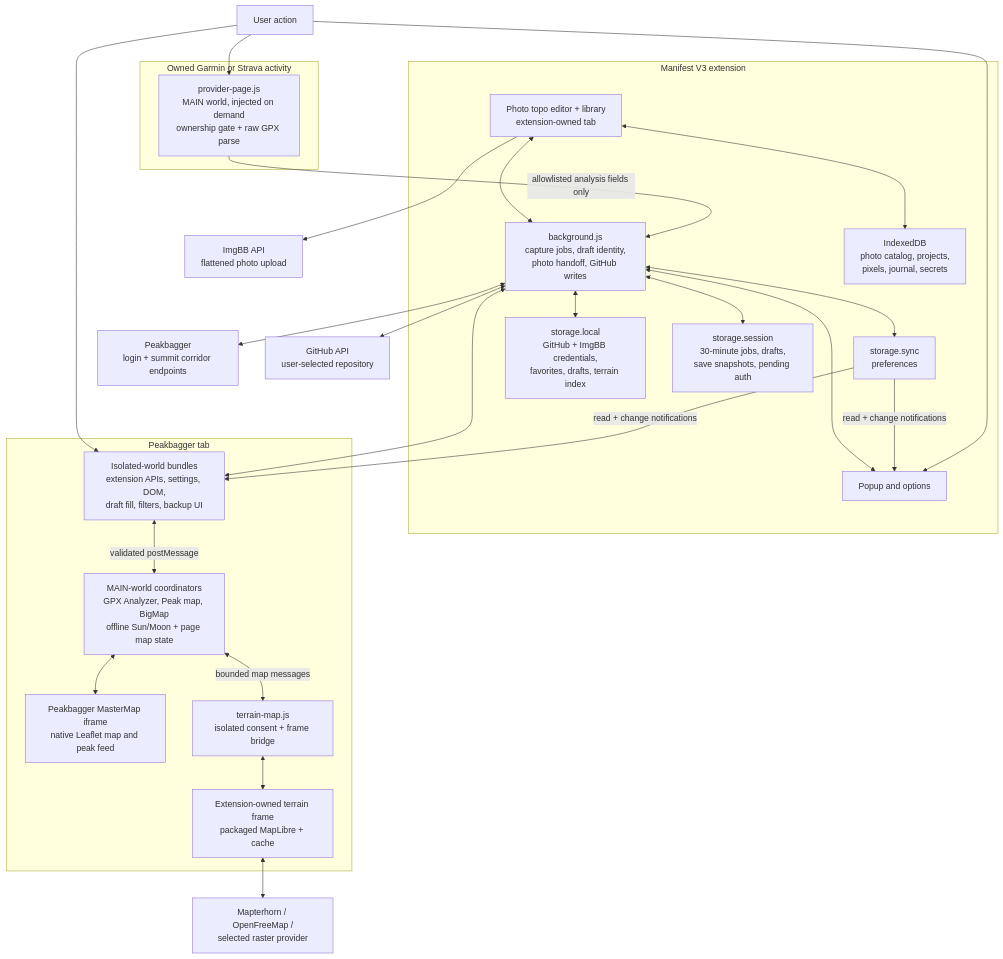
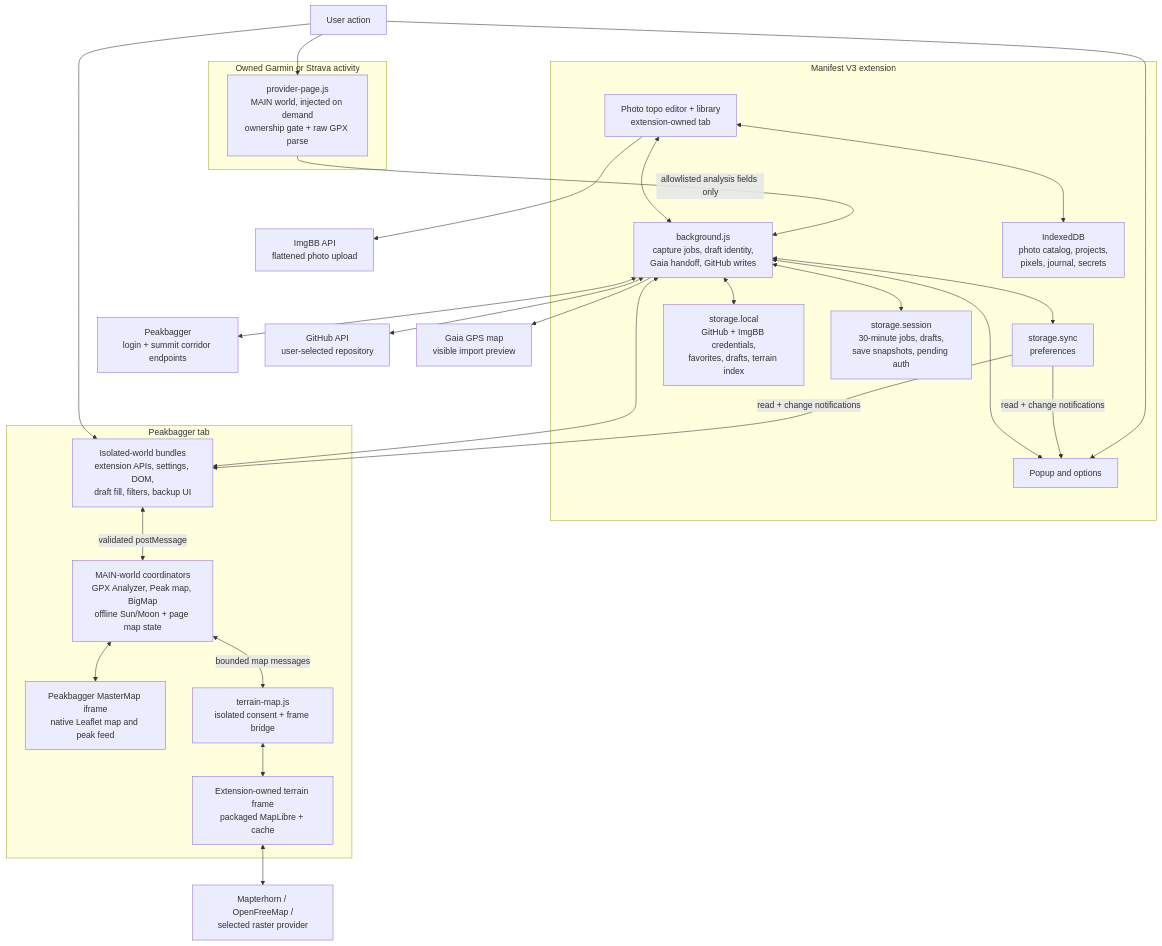
One commit to wilmtang/better-peakbagger changed the first of 2 diagrams in docs/architecture.md. Above: the diagram before and after it, drawn with Mermaid. The commit also changed other lines of this file and 33 other files, not shown here.

First line of the commit message:
feat: integrate saved gpx handoff to gaia

````diff
--- a/docs/architecture.md
+++ b/docs/architecture.md
@@ -15,53 +15,55 @@
 ```mermaid
 flowchart TB
     user["User action"]
 
     subgraph provider["Owned Garmin or Strava activity"]
         providerPage["provider-page.js<br/>MAIN world, injected on demand<br/>ownership gate + raw GPX parse"]
     end
 
     subgraph extension["Manifest V3 extension"]
         popup["Popup and options"]
-        worker["background.js<br/>capture jobs, draft identity,<br/>photo handoff, GitHub writes"]
+        worker["background.js<br/>capture jobs, draft identity,<br/>Gaia handoff, GitHub writes"]
         photoPage["Photo topo editor + library<br/>extension-owned tab"]
         photoDb["IndexedDB<br/>photo catalog, projects,<br/>pixels, journal, secrets"]
         sync["storage.sync<br/>preferences"]
         local["storage.local<br/>GitHub + ImgBB credentials,<br/>favorites, drafts, terrain index"]
         session["storage.session<br/>30-minute jobs, drafts,<br/>save snapshots, pending auth"]
     end
 
     subgraph peakbagger["Peakbagger tab"]
         isolated["Isolated-world bundles<br/>extension APIs, settings, DOM,<br/>draft fill, filters, backup UI"]
         main["MAIN-world coordinators<br/>GPX Analyzer, Peak map, BigMap<br/>offline Sun/Moon + page map state"]
         master["Peakbagger MasterMap iframe<br/>native Leaflet map and peak feed"]
         terrainBridge["terrain-map.js<br/>isolated consent + frame bridge"]
         terrainFrame["Extension-owned terrain frame<br/>packaged MapLibre + cache"]
     end
 
     peakApi["Peakbagger<br/>login + summit corridor endpoints"]
     imgbb["ImgBB API<br/>flattened photo upload"]
     github["GitHub API<br/>user-selected repository"]
+    gaia["Gaia GPS map<br/>visible import preview"]
     tiles["Mapterhorn / OpenFreeMap /<br/>selected raster provider"]
 
     user --> providerPage
     user --> isolated
     user --> popup
     providerPage -- "allowlisted analysis fields only" --> worker
     isolated <--> worker
     popup <--> worker
     photoPage <--> worker
     photoPage <--> photoDb
     photoPage --> imgbb
     sync -- "read + change notifications" --> popup
     sync -- "read + change notifications" --> isolated
     worker <--> sync
     worker <--> session
     worker <--> local
     worker <--> peakApi
     worker <--> github
+    worker --> gaia
     isolated <-->|"validated postMessage"| main
     main <--> master
     main <-->|"bounded map messages"| terrainBridge
     terrainBridge <--> terrainFrame
     terrainFrame <--> tiles
 ```
````
